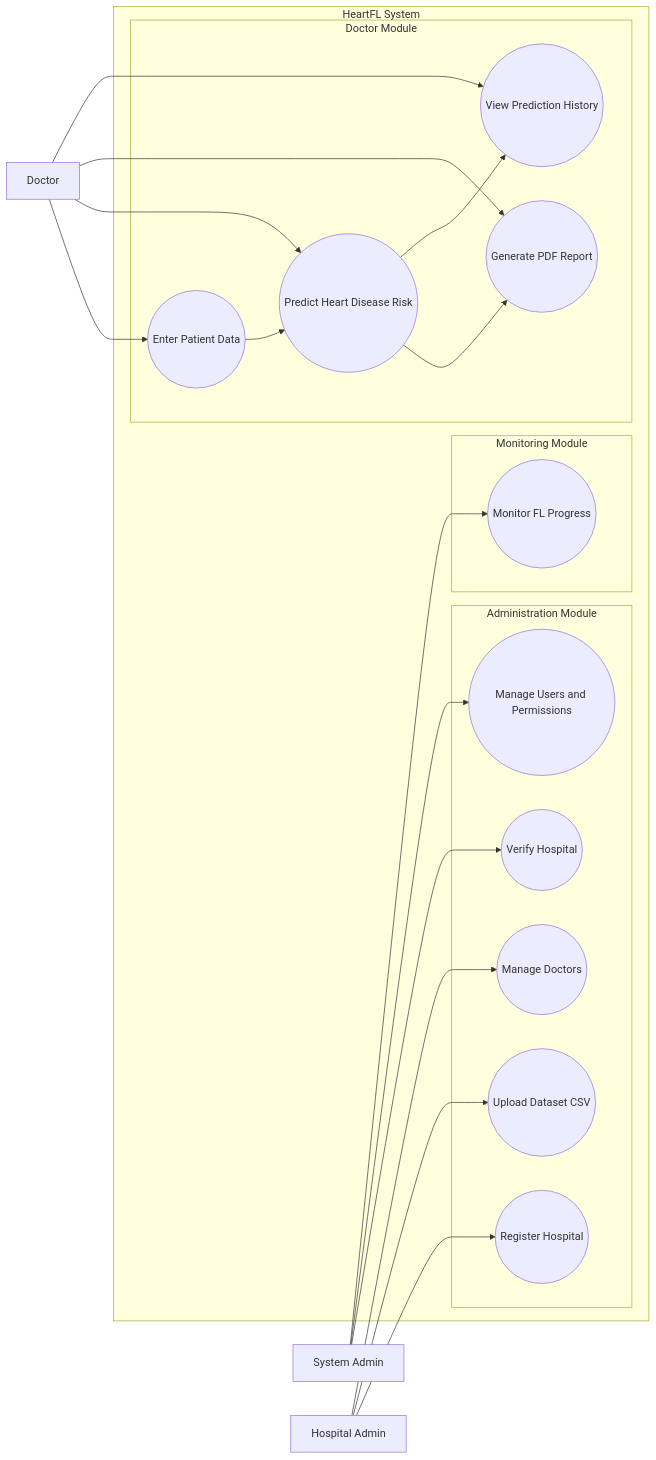
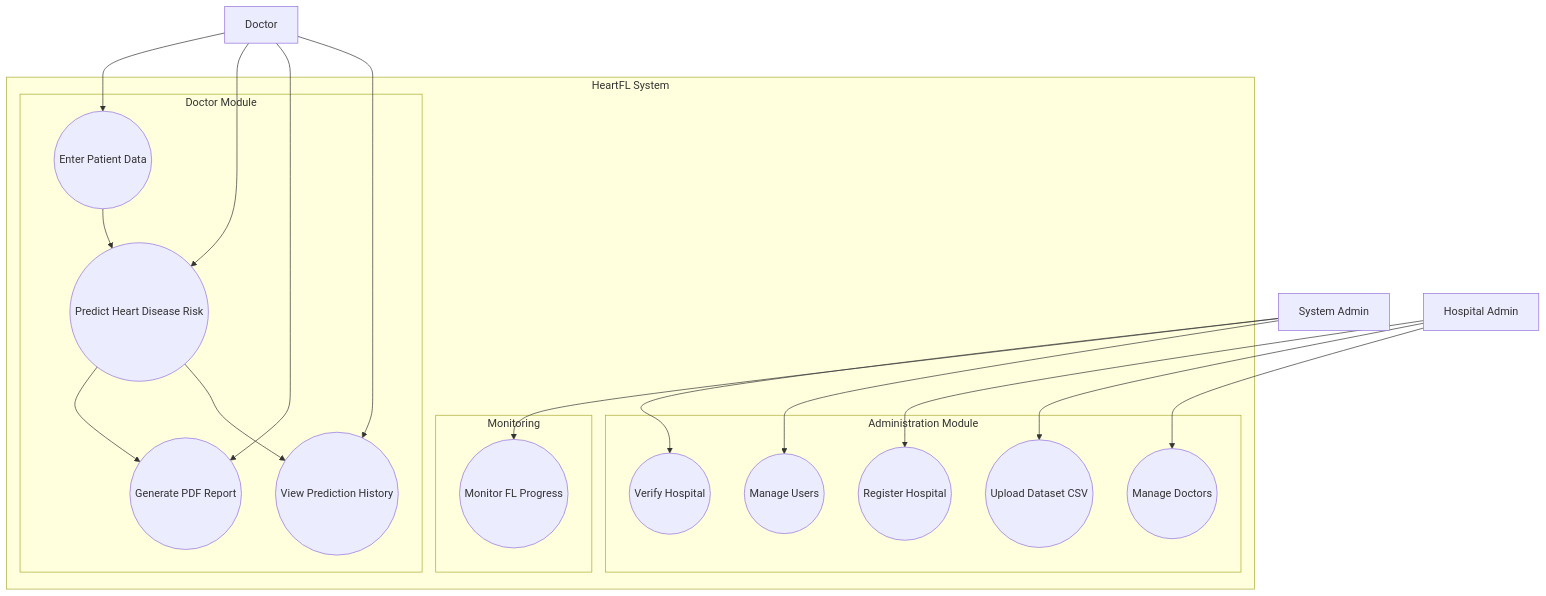
The diagram in README.md (22MH1A42G1/HeartFL-Django), drawn with Mermaid before and after one commit.

````diff
--- a/README.md
+++ b/README.md
@@ -70,53 +70,54 @@
 ```mermaid
-flowchart LR
-    %% Actors
+flowchart TB
+
+    %% ================= Actors =================
     SA[System Admin]
     HA[Hospital Admin]
     DR[Doctor]
 
-    %% System Boundary
+    %% ================= System =================
     subgraph SYS[HeartFL System]
 
-        %% Admin Module
-        subgraph ADMIN[Administration Module]
-            UC1((Register Hospital))
-            UC2((Verify Hospital))
-            UC3((Upload Dataset CSV))
-            UC4((Manage Doctors))
-            UC10((Manage Users and Permissions))
-        end
-
-        %% Doctor Module
-        subgraph DOCTOR[Doctor Module]
+        %% -------- Doctor Module --------
+        subgraph D1[Doctor Module]
             UC5((Enter Patient Data))
             UC6((Predict Heart Disease Risk))
             UC7((Generate PDF Report))
             UC8((View Prediction History))
         end
 
-        %% Monitoring Module
-        subgraph MONITOR[Monitoring Module]
+        %% -------- Admin Module --------
+        subgraph A1[Administration Module]
+            UC1((Register Hospital))
+            UC2((Verify Hospital))
+            UC3((Upload Dataset CSV))
+            UC4((Manage Doctors))
+            UC10((Manage Users))
+        end
+
+        %% -------- Monitoring --------
+        subgraph M1[Monitoring]
             UC9((Monitor FL Progress))
         end
 
     end
 
-    %% Relationships
-    HA --> UC1
-    SA --> UC2
-    HA --> UC3
-    HA --> UC4
-    SA --> UC10
-
+    %% ================= Actor Links =================
     DR --> UC5
     DR --> UC6
     DR --> UC7
     DR --> UC8
 
+    HA --> UC1
+    HA --> UC3
+    HA --> UC4
+
+    SA --> UC2
     SA --> UC9
+    SA --> UC10
 
-    %% Flow
+    %% ================= Flow =================
     UC5 --> UC6
     UC6 --> UC7
     UC6 --> UC8
 ```
````
